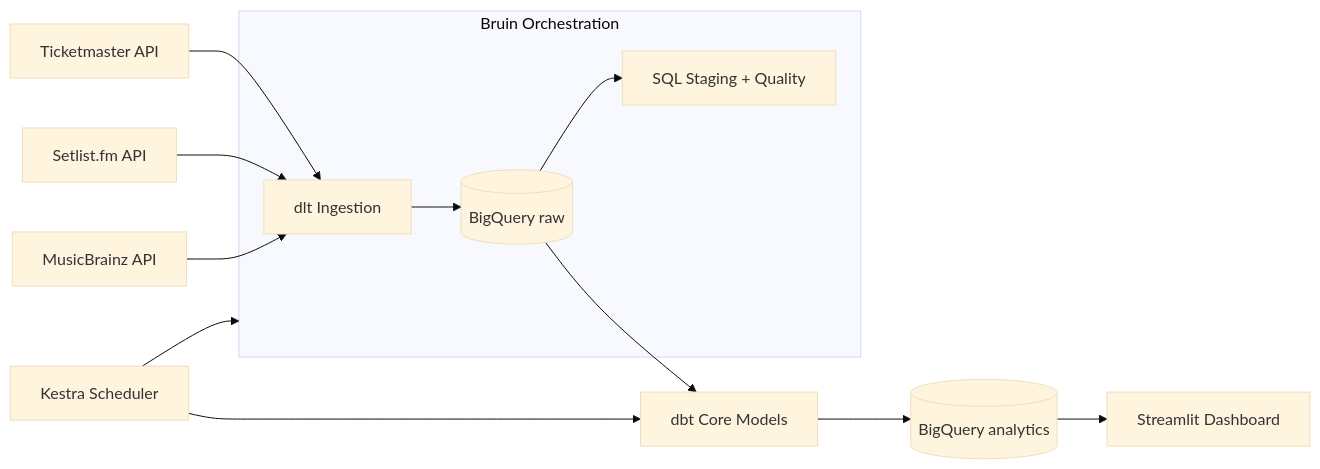
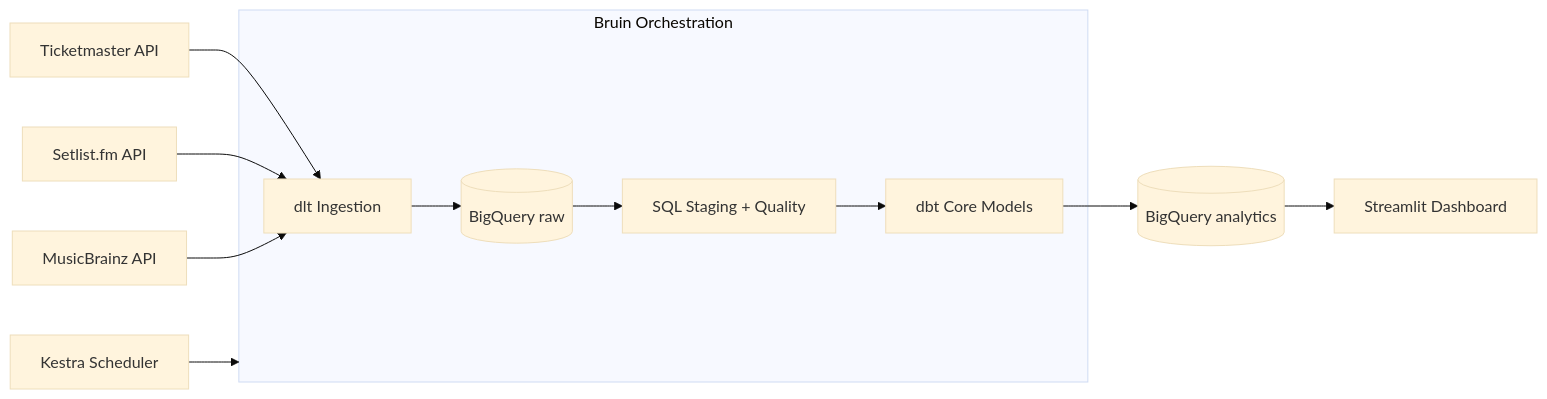
The diagram in README.md (lorenzoeder/gigwise-analytics), drawn with Mermaid (base theme) before and after one commit. The commit also changed other lines of this file and 9 other files, not shown here.

````diff
--- a/README.md
+++ b/README.md
@@ -56,18 +56,17 @@
 ```mermaid
 flowchart LR
 	TM[Ticketmaster API] --> DLT[dlt Ingestion]
 	SL[Setlist.fm API] --> DLT
 	MB[MusicBrainz API] --> DLT
 
 	subgraph Bruin[Bruin Orchestration]
 		DLT --> BQRAW[(BigQuery raw)]
 		BQRAW --> SQL[SQL Staging + Quality]
+		SQL --> DBT[dbt Core Models]
 	end
 
-	BQRAW --> DBT[dbt Core Models]
 	DBT --> BQANA[(BigQuery analytics)]
 	BQANA --> ST[Streamlit Dashboard]
 
 	KE[Kestra Scheduler] --> Bruin
-	KE --> DBT
 ```
````
